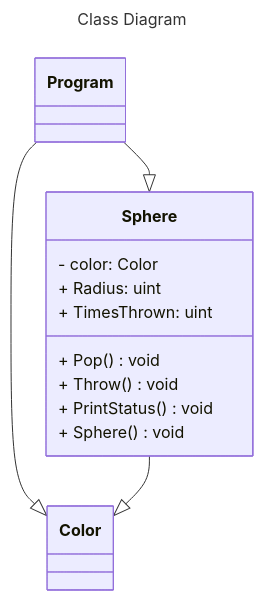
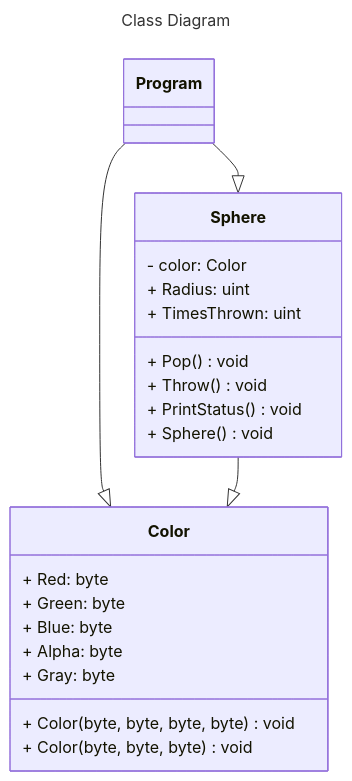
Before and after one commit to InesLexiGomes/LP1Semana06: the diagram in BetterColorSpheres/README.md, drawn with Mermaid.

Commit message:
Added variables, properties and methods to the Color class in the class diagram

````diff
--- a/BetterColorSpheres/README.md
+++ b/BetterColorSpheres/README.md
@@ -3,23 +3,31 @@
 ```mermaid
 ---
 title: Class Diagram
 ---
 classDiagram
     Program --|> Color
     Sphere --|> Color
     Program --|> Sphere
     class Program{
         
     }
     class Sphere{
         - color: Color
         + Radius: uint
         + TimesThrown: uint
         + Pop() void
         + Throw() void
         + PrintStatus() void
         + Sphere() void
     }
-
+    class Color{
+        + Red: byte
+        + Green: byte
+        + Blue: byte
+        + Alpha: byte
+        + Gray: byte
+        + Color(byte, byte, byte, byte) void
+        + Color(byte, byte, byte) void
+    }
     
 ```
````
